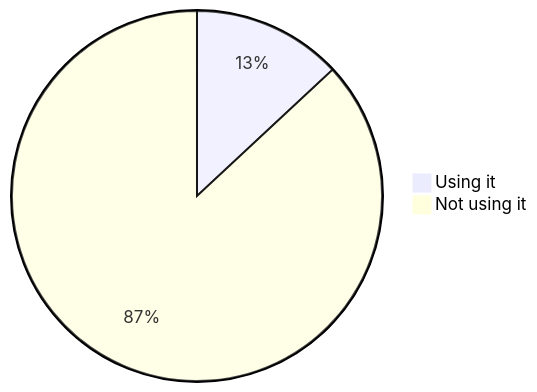
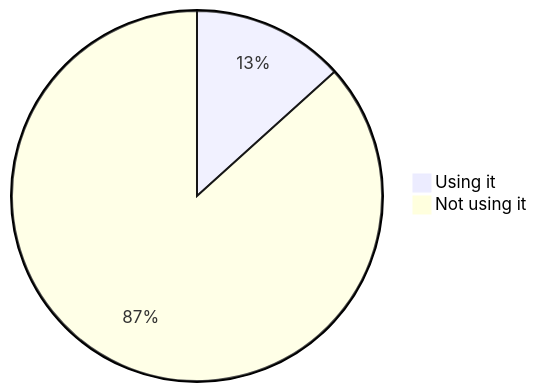
Before and after one commit to oshp/oshp-stats: diagram 18 of 22 in stats.md, drawn with Mermaid. The commit also changed other lines of this file, not shown here.

````diff
--- a/stats.md
+++ b/stats.md
@@ -214,6 +214,6 @@
 ```mermaid
 pie
-	"Using it" : 13.06
-	"Not using it" : 86.94
+	"Using it" : 13.31
+	"Not using it" : 86.69
 
 ```
````
